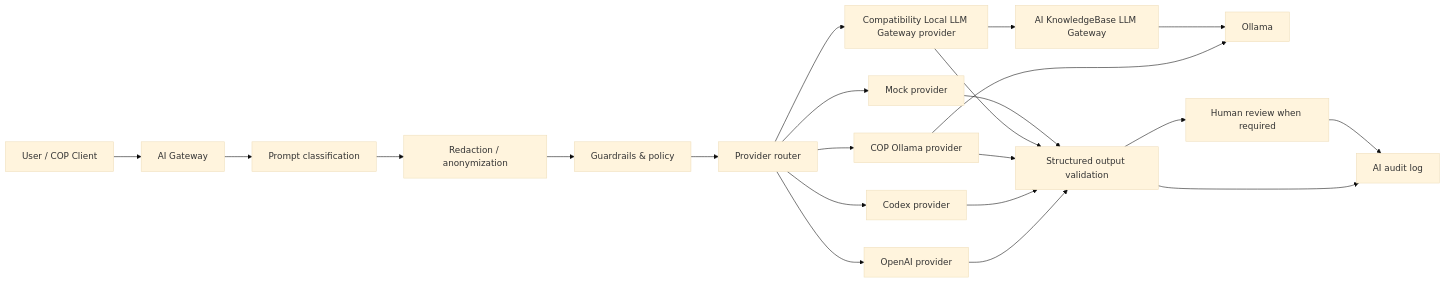
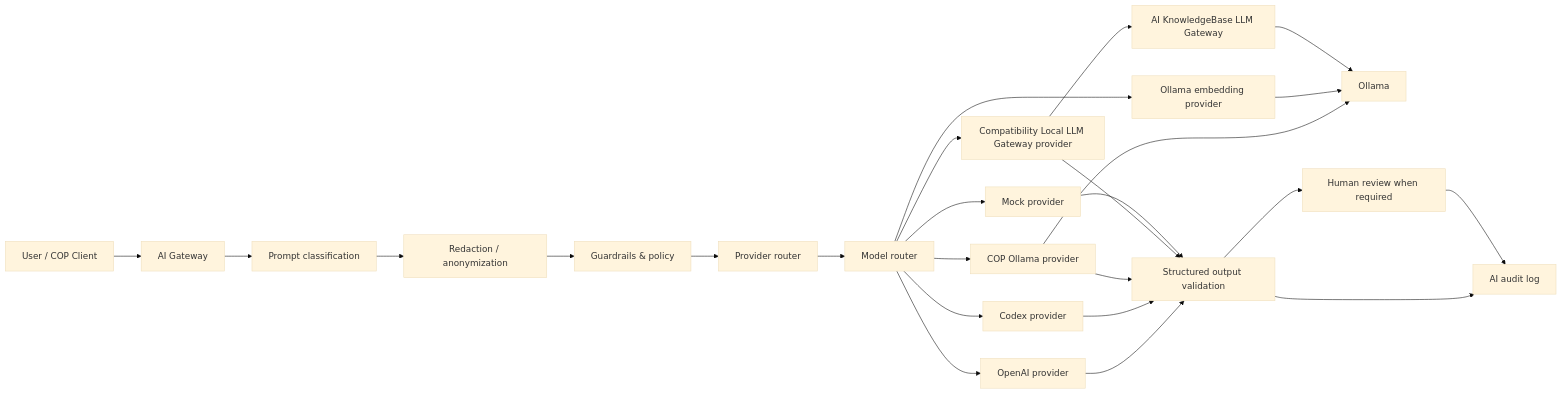
One commit to voldzi/delta_acr_cop changed the diagram in docs/ai/01_AI_ARCHITECTURE.md. Above: the diagram before and after it, drawn with Mermaid (base theme). The commit also changed other lines of this file and 13 other files, not shown here.

````diff
--- a/docs/ai/01_AI_ARCHITECTURE.md
+++ b/docs/ai/01_AI_ARCHITECTURE.md
@@ -7,34 +7,37 @@
 ```mermaid
 flowchart LR
     USER["User / COP Client"]
     GW["AI Gateway"]
     CLASS["Prompt classification"]
     REDACT["Redaction / anonymization"]
     POLICY["Guardrails & policy"]
     ROUTER["Provider router"]
+    MODEL_ROUTER["Model router"]
     OPENAI["OpenAI provider"]
     CODEX["Codex provider"]
     OLLAMA_PROVIDER["COP Ollama provider"]
+    EMBEDDING["Ollama embedding provider"]
     LOCAL["Compatibility Local LLM Gateway provider"]
     AKB["AI KnowledgeBase LLM Gateway"]
     OLLAMA["Ollama"]
     MOCK["Mock provider"]
     VALID["Structured output validation"]
     HUMAN["Human review when required"]
     AUDIT["AI audit log"]
 
-    USER --> GW --> CLASS --> REDACT --> POLICY --> ROUTER
-    ROUTER --> OPENAI
-    ROUTER --> CODEX
-    ROUTER --> OLLAMA_PROVIDER --> OLLAMA
-    ROUTER --> LOCAL --> AKB --> OLLAMA
-    ROUTER --> MOCK
+    USER --> GW --> CLASS --> REDACT --> POLICY --> ROUTER --> MODEL_ROUTER
+    MODEL_ROUTER --> OPENAI
+    MODEL_ROUTER --> CODEX
+    MODEL_ROUTER --> OLLAMA_PROVIDER --> OLLAMA
+    MODEL_ROUTER --> EMBEDDING --> OLLAMA
+    MODEL_ROUTER --> LOCAL --> AKB --> OLLAMA
+    MODEL_ROUTER --> MOCK
     OPENAI --> VALID
     CODEX --> VALID
     OLLAMA_PROVIDER --> VALID
     LOCAL --> VALID
     MOCK --> VALID
     VALID --> HUMAN
     VALID --> AUDIT
     HUMAN --> AUDIT
 ```
````
